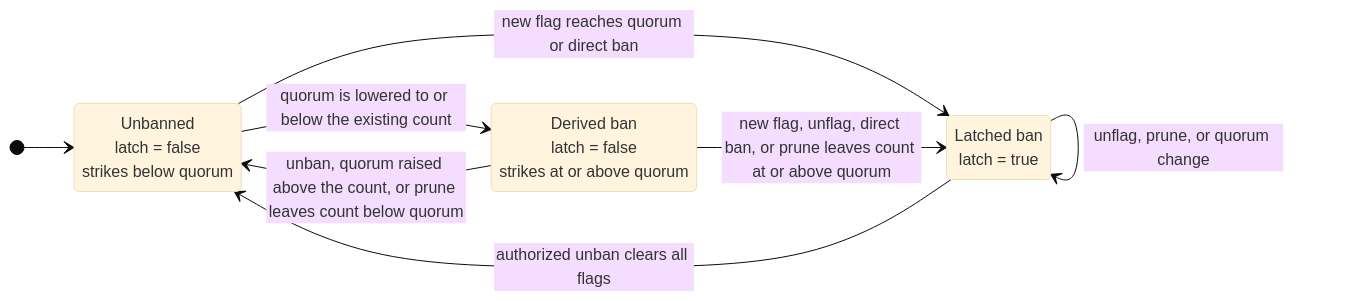
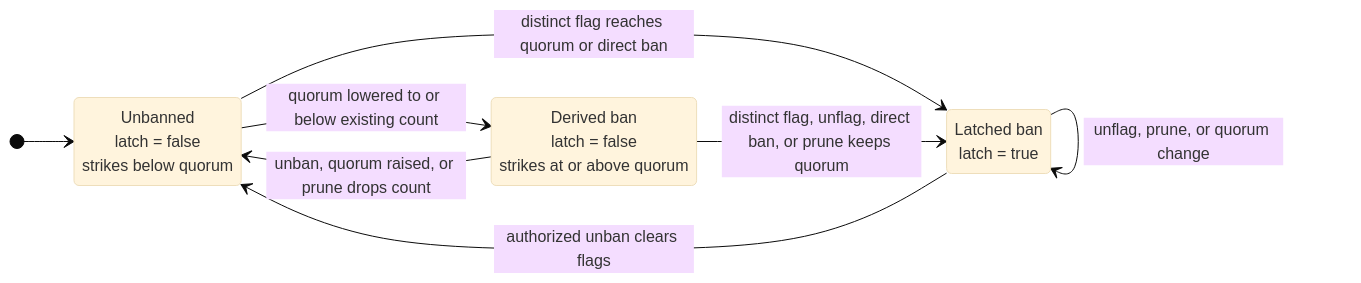
One commit to lidofinance/lend-markets changed the diagram in docs/specs/guardian-signals.md. Above: the diagram before and after it, drawn with Mermaid (base theme). The commit also changed other lines of this file and 6 other files, not shown here.

````diff
--- a/docs/specs/guardian-signals.md
+++ b/docs/specs/guardian-signals.md
@@ -89,16 +57,16 @@
 ```mermaid
 stateDiagram-v2
     direction LR
 
     state "Unbanned<br/>latch = false<br/>strikes below quorum" as Unbanned
     state "Derived ban<br/>latch = false<br/>strikes at or above quorum" as Derived
     state "Latched ban<br/>latch = true" as Latched
 
     [*] --> Unbanned
-    Unbanned --> Latched: new flag reaches quorum or direct ban
-    Unbanned --> Derived: quorum is lowered to or below the existing count
-    Derived --> Unbanned: unban, quorum raised above the count, or prune leaves count below quorum
-    Derived --> Latched: new flag, unflag, direct ban, or prune leaves count at or above quorum
+    Unbanned --> Latched: distinct flag reaches quorum or direct ban
+    Unbanned --> Derived: quorum lowered to or below existing count
+    Derived --> Unbanned: unban, quorum raised, or prune drops count
+    Derived --> Latched: distinct flag, unflag, direct ban, or prune keeps quorum
     Latched --> Latched: unflag, prune, or quorum change
-    Latched --> Unbanned: authorized unban clears all flags
+    Latched --> Unbanned: authorized unban clears flags
 ```
````
